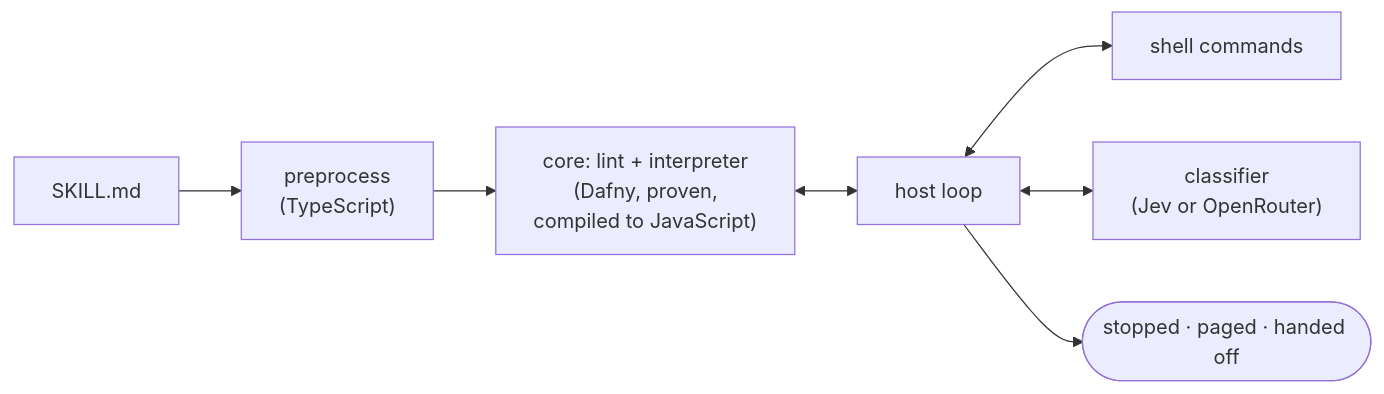
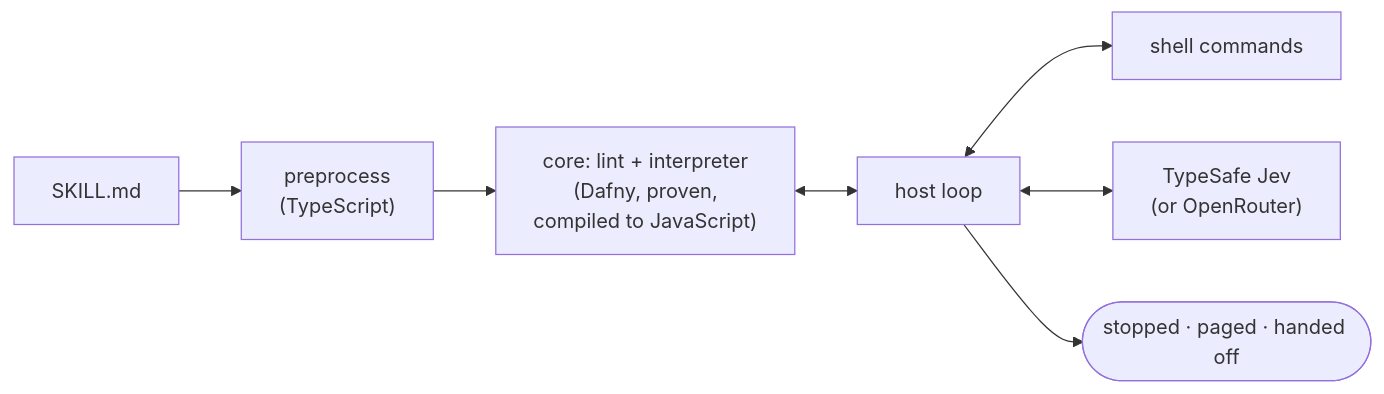
One commit to mattyv/skope changed the diagram in README.md. Above: the diagram before and after it, drawn with Mermaid. The commit also changed other lines of this file, not shown here.

First line of the commit message:
Rewrite the README as the finished tool, with Jev up front

````diff
--- a/README.md
+++ b/README.md
@@ -64,9 +203,9 @@
 ```mermaid
 flowchart LR
   md["SKILL.md"] --> pre["preprocess<br/>(TypeScript)"]
   pre --> core["core: lint + interpreter<br/>(Dafny, proven,<br/>compiled to JavaScript)"]
   core <--> host["host loop"]
   host <--> sh["shell commands"]
-  host <--> cls["classifier<br/>(Jev or OpenRouter)"]
+  host <--> cls["TypeSafe Jev<br/>(or OpenRouter)"]
   host --> out(["stopped · paged · handed off"])
 ```
````
